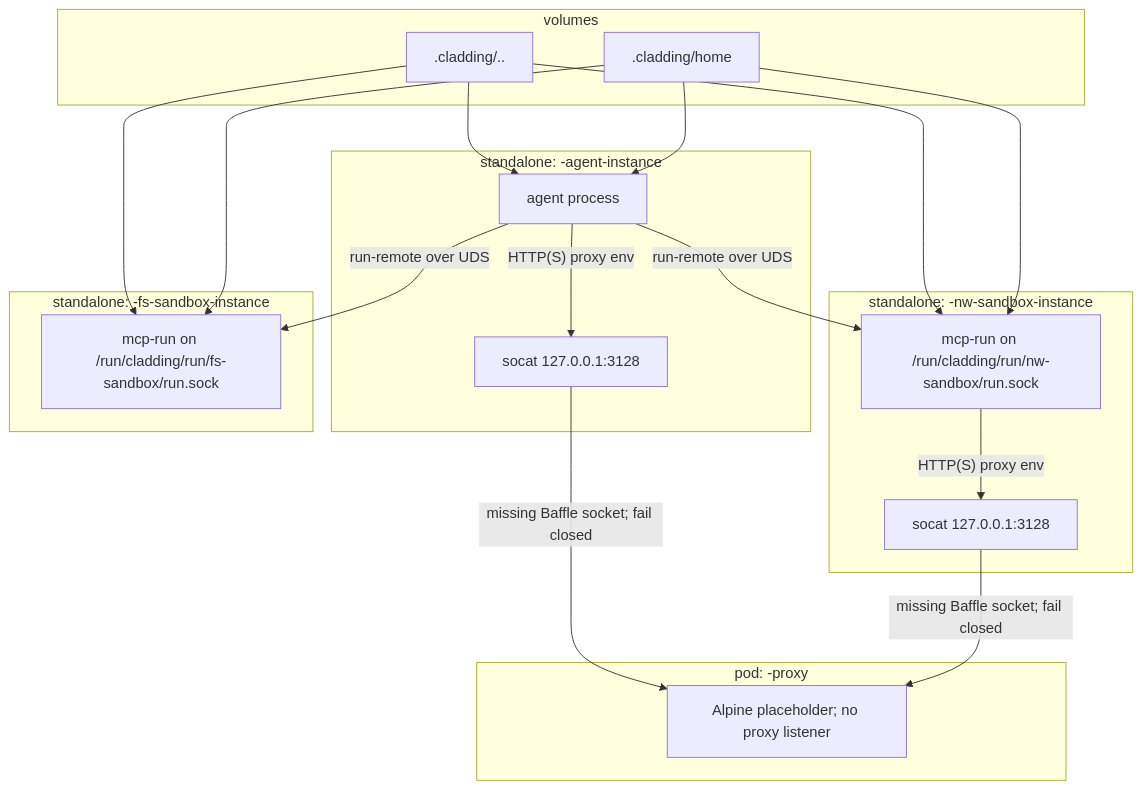
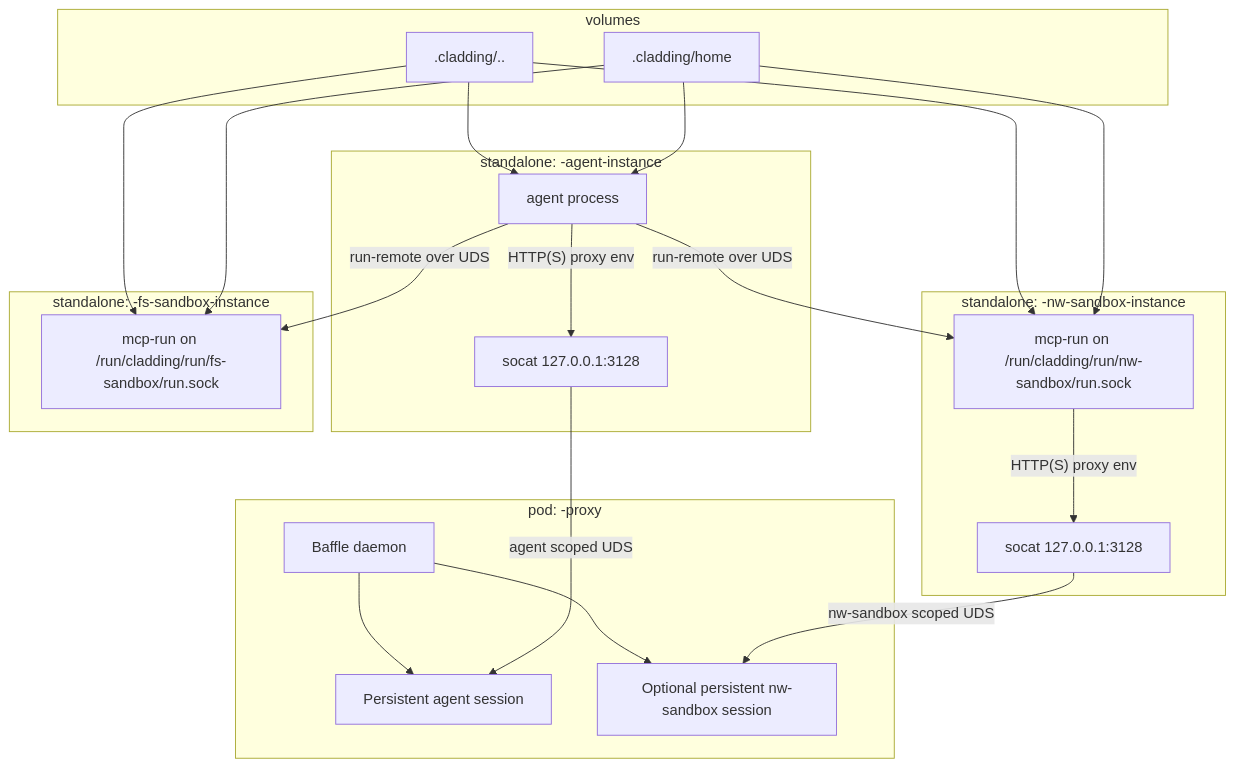
Before and after one commit to dstoc/cladding: the diagram in README.md, drawn with Mermaid. The commit also changed other lines of this file and 16 other files, not shown here.

First line of the commit message:
feat(proxy): start and supervise Baffle in proxy container (#46)

````diff
--- a/README.md
+++ b/README.md
@@ -277,40 +277,44 @@
 ```mermaid
 flowchart TB
   subgraph C["standalone: <name>-agent-instance"]
     CA[agent process]
     CAP[socat 127.0.0.1:3128]
   end
 
   subgraph H[volumes]
     WS[.cladding/..]
     HOME[.cladding/home]
   end
 
 
   subgraph S["standalone: <name>-nw-sandbox-instance"]
     SAP[socat 127.0.0.1:3128]
     SA[mcp-run on /run/cladding/run/nw-sandbox/run.sock]
   end
 
   subgraph F["standalone: <name>-fs-sandbox-instance"]
     FA[mcp-run on /run/cladding/run/fs-sandbox/run.sock]
   end
 
   subgraph P["pod: <name>-proxy"]
-    PX[Alpine placeholder; no proxy listener]
+    PX[Baffle daemon]
+    AGS[Persistent agent session]
+    NWS[Optional persistent nw-sandbox session]
+    PX --> AGS
+    PX --> NWS
   end
 
   WS --> CA
   WS --> SA
   WS --> FA
   HOME --> CA
   HOME --> SA
   HOME --> FA
 
   CA -- run-remote over UDS --> SA
   CA -- run-remote over UDS --> FA
   CA -- HTTP(S) proxy env --> CAP
-  CAP -- missing Baffle socket; fail closed --> PX
-  SAP -- missing Baffle socket; fail closed --> PX
+  CAP -- agent scoped UDS --> AGS
+  SAP -- nw-sandbox scoped UDS --> NWS
   SA -- HTTP(S) proxy env --> SAP
 ```
````
